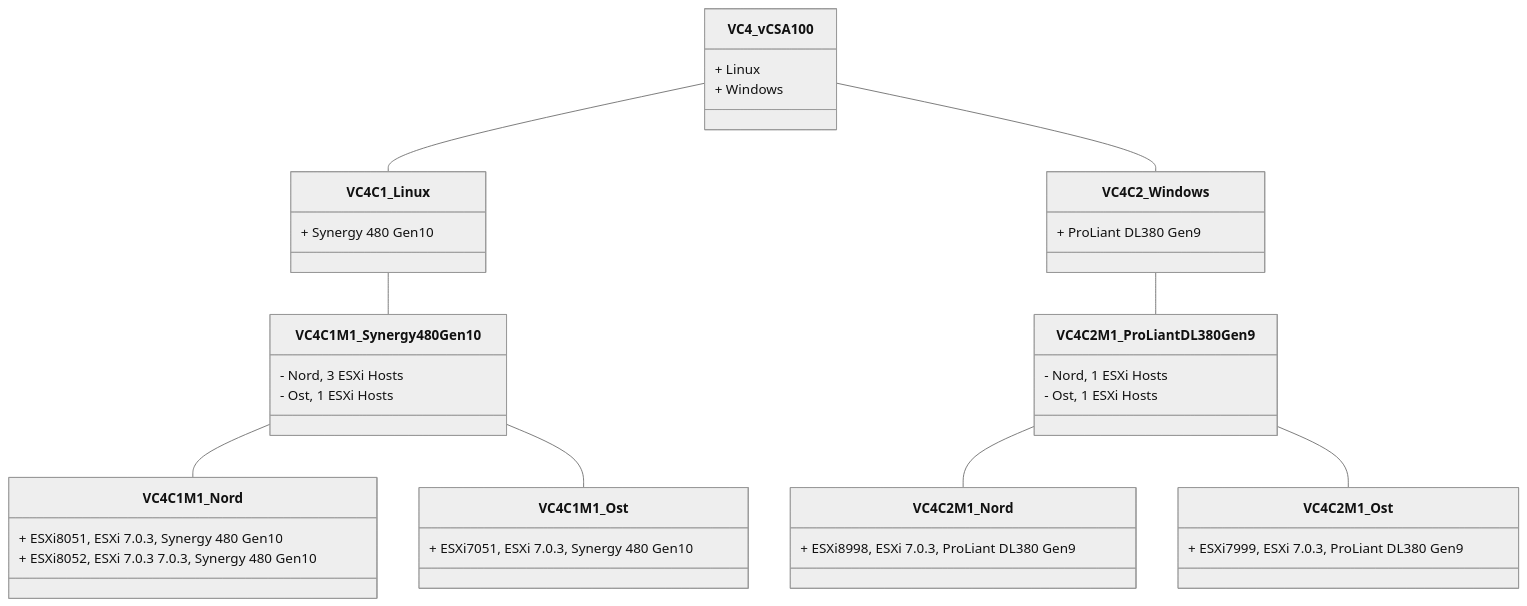
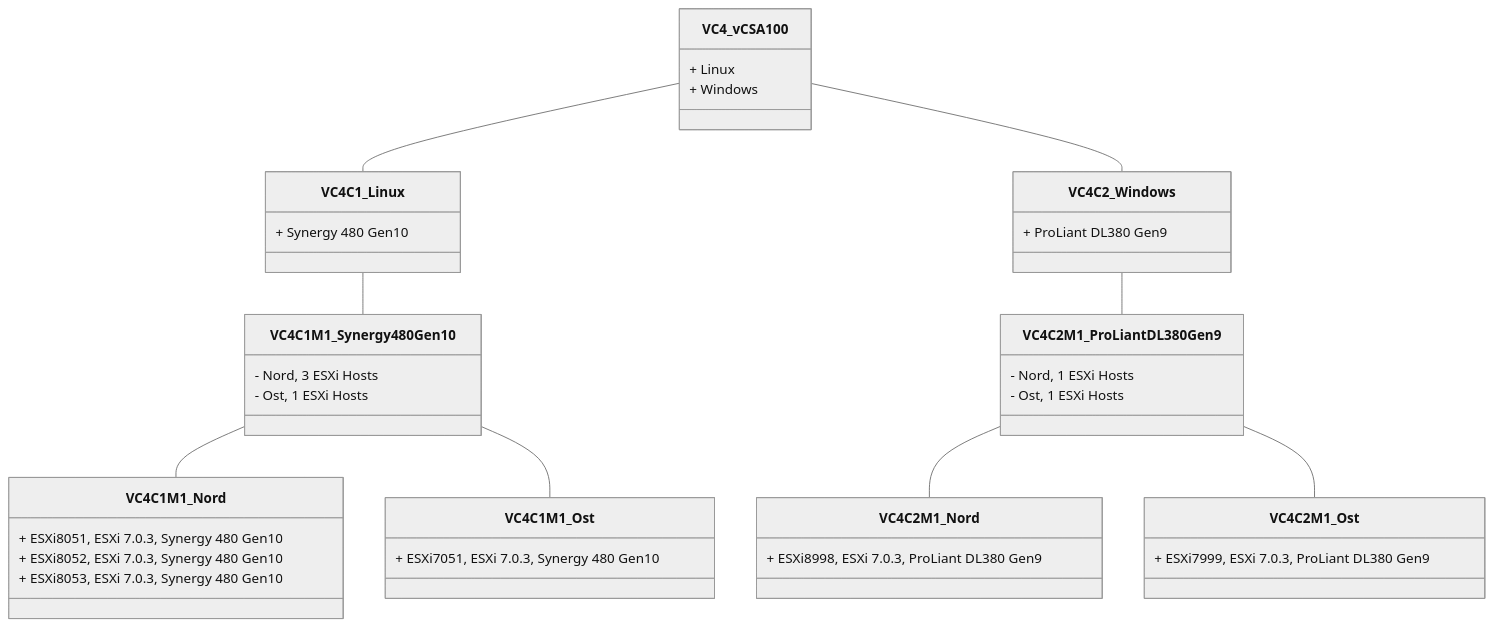
Before and after one commit to tinuwalther/PSXiDiag: the fourth of 4 diagrams in Markdown ESXiHost Inventory.md, drawn with Mermaid (neutral theme). The commit also changed other lines of this file and 1 other file, not shown here.

`````diff
--- a/Markdown ESXiHost Inventory.md
+++ b/Markdown ESXiHost Inventory.md
@@ -112,24 +112,25 @@
 ````mermaid
 classDiagram
 VC4_vCSA100 -- VC4C1_Linux
 VC4_vCSA100 : + Linux
 VC4C1_Linux : + Synergy 480 Gen10
 VC4C1_Linux -- VC4C1M1_Synergy 480 Gen10
 VC4C1M1_Synergy 480 Gen10 : - Nord, 3 ESXi Hosts
 VC4C1M1_Synergy 480 Gen10 -- VC4C1M1_Nord
 VC4C1M1_Nord : + ESXi8051, ESXi 7.0.3, Synergy 480 Gen10
-VC4C1M1_Nord : + ESXi8052, ESXi 7.0.3 7.0.3, Synergy 480 Gen10
+VC4C1M1_Nord : + ESXi8052, ESXi 7.0.3, Synergy 480 Gen10
+VC4C1M1_Nord : + ESXi8053, ESXi 7.0.3, Synergy 480 Gen10
 VC4C1M1_Synergy 480 Gen10 : - Ost, 1 ESXi Hosts
 VC4C1M1_Synergy 480 Gen10 -- VC4C1M1_Ost
 VC4C1M1_Ost : + ESXi7051, ESXi 7.0.3, Synergy 480 Gen10
 VC4_vCSA100 -- VC4C2_Windows
 VC4_vCSA100 : + Windows
 VC4C2_Windows : + ProLiant DL380 Gen9
 VC4C2_Windows -- VC4C2M1_ProLiant DL380 Gen9
 VC4C2M1_ProLiant DL380 Gen9 : - Nord, 1 ESXi Hosts
 VC4C2M1_ProLiant DL380 Gen9 -- VC4C2M1_Nord
 VC4C2M1_Nord : + ESXi8998, ESXi 7.0.3, ProLiant DL380 Gen9
 VC4C2M1_ProLiant DL380 Gen9 : - Ost, 1 ESXi Hosts
 VC4C2M1_ProLiant DL380 Gen9 -- VC4C2M1_Ost
 VC4C2M1_Ost : + ESXi7999, ESXi 7.0.3, ProLiant DL380 Gen9
 ````
`````
